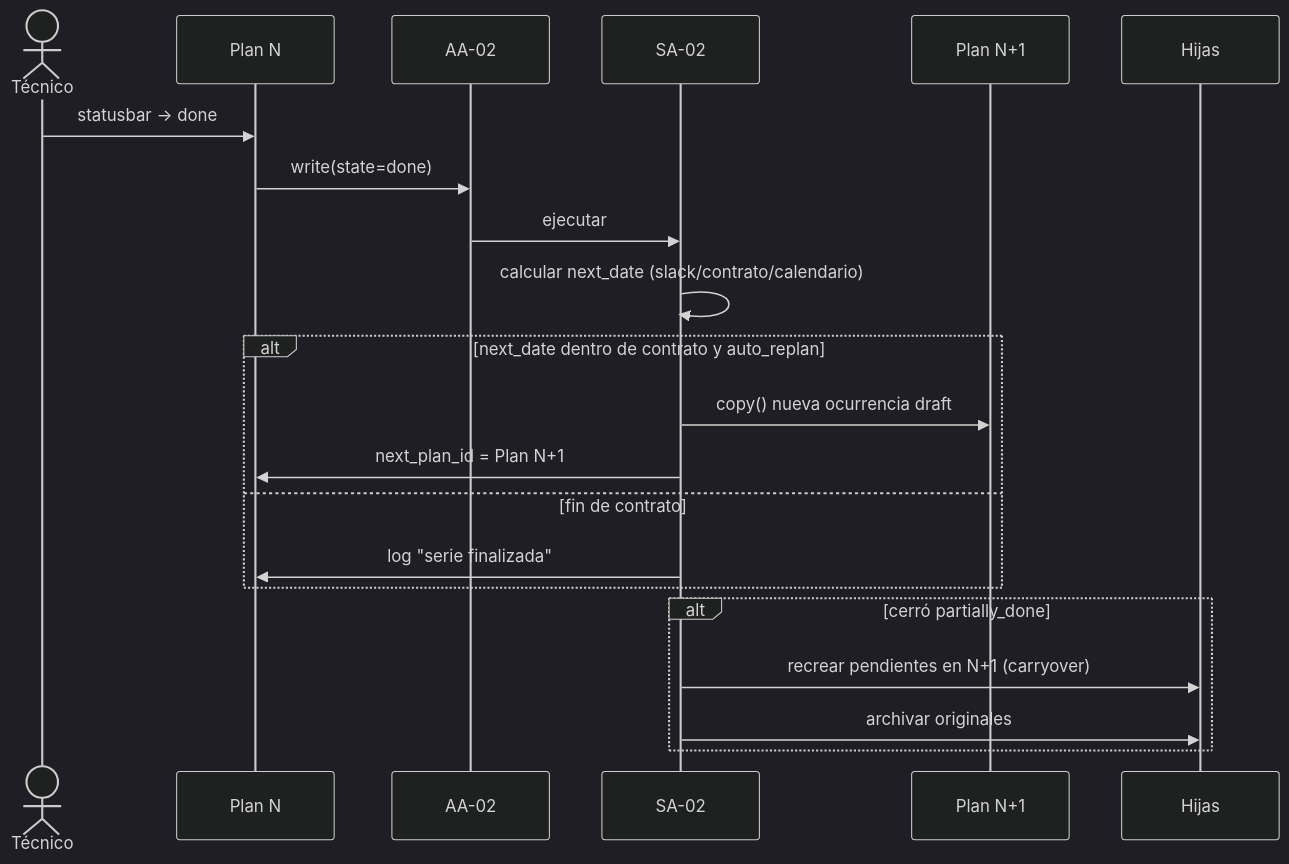
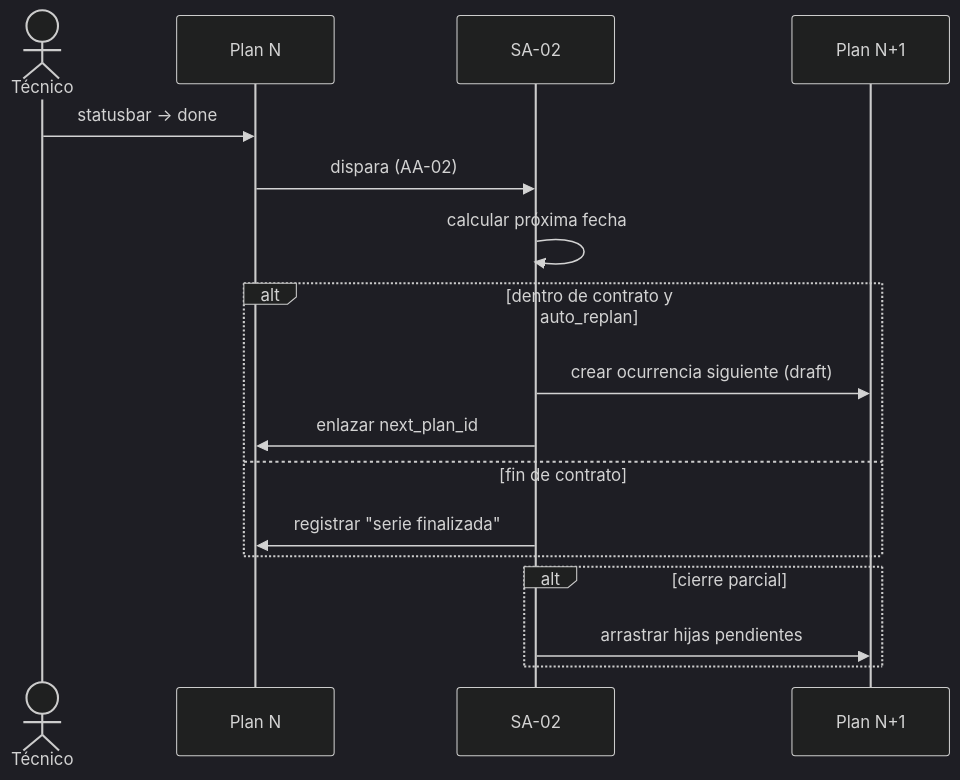
The eighth of 18 diagrams in maintenance_plan/PROCESOS_Y_FLUJOS.md (dcuerowe/odoo_con_mantenciones), drawn with Mermaid (dark theme) before and after one commit. The commit also changed other lines of this file and 1 other file, not shown here.

Commit message:
Cambios dentro de maintenance_plan

````diff
--- a/maintenance_plan/PROCESOS_Y_FLUJOS.md
+++ b/maintenance_plan/PROCESOS_Y_FLUJOS.md
@@ -216,24 +237,20 @@
 ```mermaid
 sequenceDiagram
     actor T as Técnico
     participant P as Plan N
-    participant AA as AA-02
     participant SA as SA-02
     participant P2 as Plan N+1
-    participant R as Hijas
 
     T->>P: statusbar → done
-    P->>AA: write(state=done)
-    AA->>SA: ejecutar
-    SA->>SA: calcular next_date (slack/contrato/calendario)
-    alt next_date dentro de contrato y auto_replan
-        SA->>P2: copy() nueva ocurrencia draft
-        SA->>P: next_plan_id = Plan N+1
+    P->>SA: dispara (AA-02)
+    SA->>SA: calcular próxima fecha
+    alt dentro de contrato y auto_replan
+        SA->>P2: crear ocurrencia siguiente (draft)
+        SA->>P: enlazar next_plan_id
     else fin de contrato
-        SA->>P: log "serie finalizada"
+        SA->>P: registrar "serie finalizada"
     end
-    alt cerró partially_done
-        SA->>R: recrear pendientes en N+1 (carryover)
-        SA->>R: archivar originales
+    alt cierre parcial
+        SA->>P2: arrastrar hijas pendientes
     end
 ```
````
